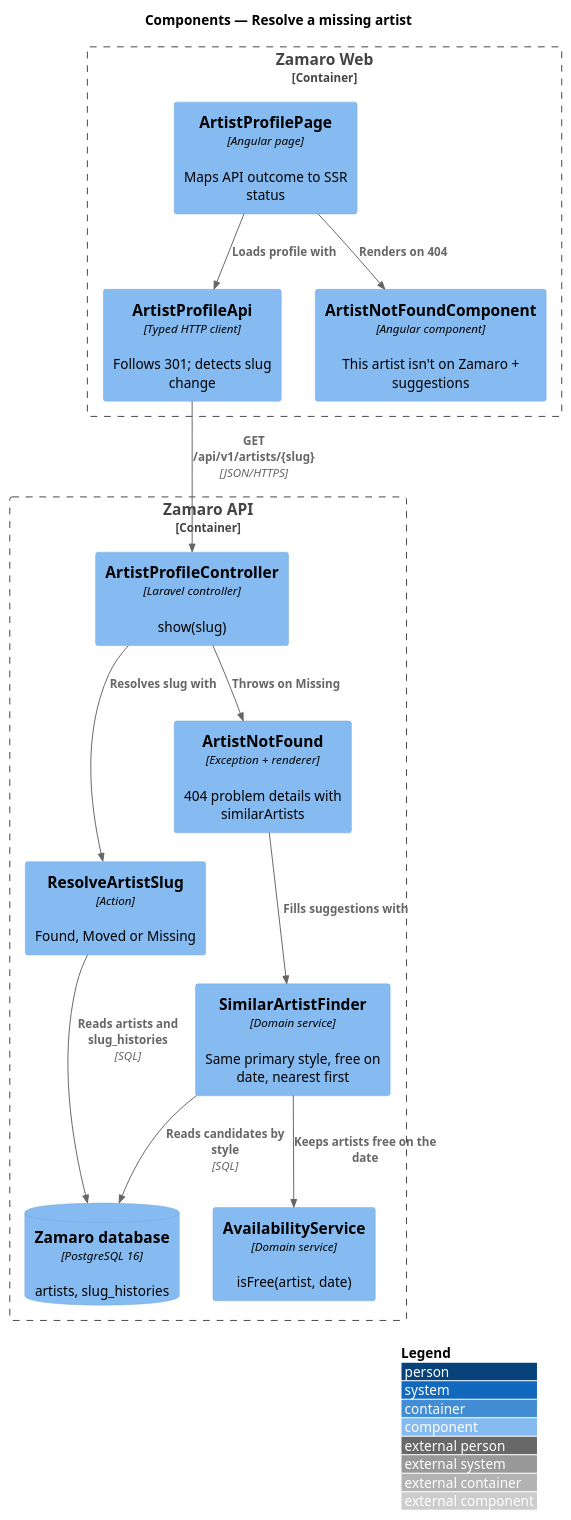
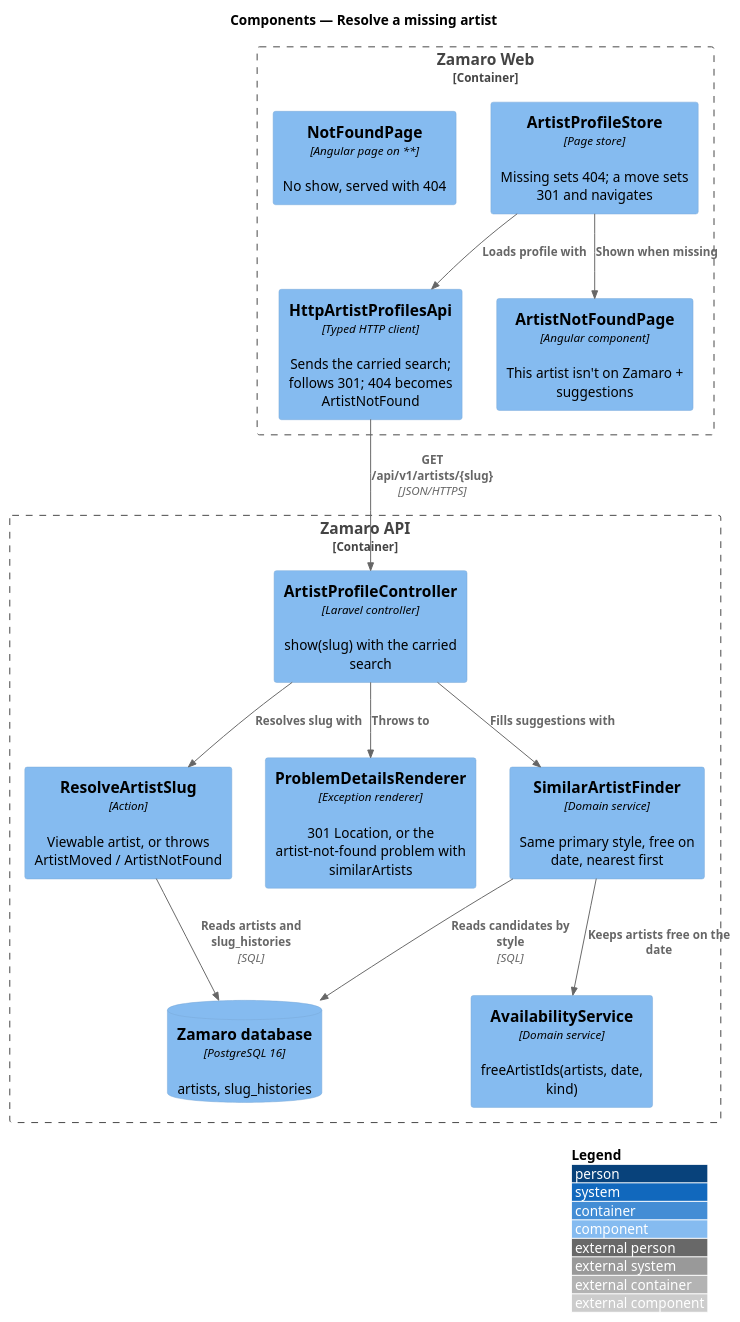
Before and after one commit to QuinntyneBrown/zamaro: the diagram in docs/detailed-designs/artist-profiles/resolve-missing-artist/diagrams/c4-component.puml, drawn with PlantUML. The commit also changed 20 other files, not shown here.

First line of the commit message:
docs(artist-profiles): ADR-0011 slug history; record S15 as built, S16 is next

```diff
--- a/docs/detailed-designs/artist-profiles/resolve-missing-artist/diagrams/c4-component.puml
+++ b/docs/detailed-designs/artist-profiles/resolve-missing-artist/diagrams/c4-component.puml
@@ -1,28 +1,29 @@
 @startuml
 !include <C4/C4_Component>
 LAYOUT_WITH_LEGEND()
 title Components — Resolve a missing artist
 
 Container_Boundary(web, "Zamaro Web") {
-  Component(page, "ArtistProfilePage", "Angular page", "Maps API outcome to SSR status")
-  Component(client, "ArtistProfileApi", "Typed HTTP client", "Follows 301; detects slug change")
-  Component(notfound, "ArtistNotFoundComponent", "Angular component", "This artist isn't on Zamaro + suggestions")
+  Component(store, "ArtistProfileStore", "Page store", "Missing sets 404; a move sets 301 and navigates")
+  Component(client, "HttpArtistProfilesApi", "Typed HTTP client", "Sends the carried search; follows 301; 404 becomes ArtistNotFound")
+  Component(notfound, "ArtistNotFoundPage", "Angular component", "This artist isn't on Zamaro + suggestions")
+  Component(generic, "NotFoundPage", "Angular page on **", "No show, served with 404")
 }
 Container_Boundary(api, "Zamaro API") {
-  Component(ctrl, "ArtistProfileController", "Laravel controller", "show(slug)")
-  Component(resolve, "ResolveArtistSlug", "Action", "Found, Moved or Missing")
-  Component(ex, "ArtistNotFound", "Exception + renderer", "404 problem details with similarArtists")
+  Component(ctrl, "ArtistProfileController", "Laravel controller", "show(slug) with the carried search")
+  Component(resolve, "ResolveArtistSlug", "Action", "Viewable artist, or throws ArtistMoved / ArtistNotFound")
+  Component(renderer, "ProblemDetailsRenderer", "Exception renderer", "301 Location, or the artist-not-found problem with similarArtists")
   Component(finder, "SimilarArtistFinder", "Domain service", "Same primary style, free on date, nearest first")
-  Component(avail, "AvailabilityService", "Domain service", "isFree(artist, date)")
+  Component(avail, "AvailabilityService", "Domain service", "freeArtistIds(artists, date, kind)")
   ComponentDb(db, "Zamaro database", "PostgreSQL 16", "artists, slug_histories")
 }
-Rel(page, client, "Loads profile with")
-Rel(page, notfound, "Renders on 404")
+Rel(store, client, "Loads profile with")
+Rel(store, notfound, "Shown when missing")
 Rel(client, ctrl, "GET /api/v1/artists/{slug}", "JSON/HTTPS")
 Rel(ctrl, resolve, "Resolves slug with")
 Rel(resolve, db, "Reads artists and slug_histories", "SQL")
-Rel(ctrl, ex, "Throws on Missing")
-Rel(ex, finder, "Fills suggestions with")
+Rel(ctrl, finder, "Fills suggestions with")
+Rel(ctrl, renderer, "Throws to")
 Rel(finder, avail, "Keeps artists free on the date")
 Rel(finder, db, "Reads candidates by style", "SQL")
 @enduml
```
